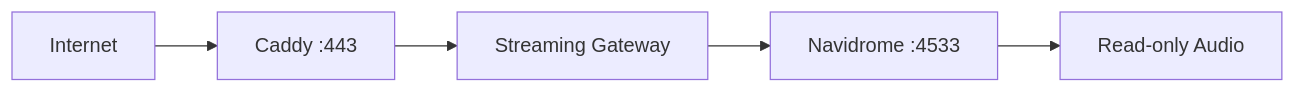
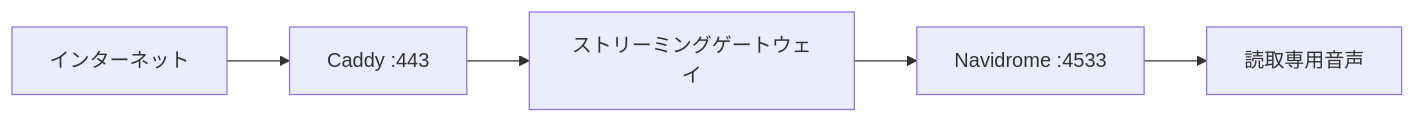
One commit to ShigeichiroYamasaki/creator-first-platform changed diagram 11 of 48 in docs/whitepaper/10-security.md. Above: the diagram before and after it, drawn with Mermaid. The commit also changed other lines of this file and 72 other files, not shown here.

````diff
--- a/docs/whitepaper/10-security.md
+++ b/docs/whitepaper/10-security.md
@@ -360,10 +360,10 @@
 ```mermaid
 flowchart LR
-    INTERNET[Internet]
+    INTERNET[インターネット]
     EDGE[Caddy :443]
-    GATEWAY[Streaming Gateway]
+    GATEWAY[ストリーミングゲートウェイ]
     NAVI[Navidrome :4533]
-    MUSIC[Read-only Audio]
+    MUSIC[読取専用音声]
 
     INTERNET --> EDGE --> GATEWAY --> NAVI --> MUSIC
 ```
````
